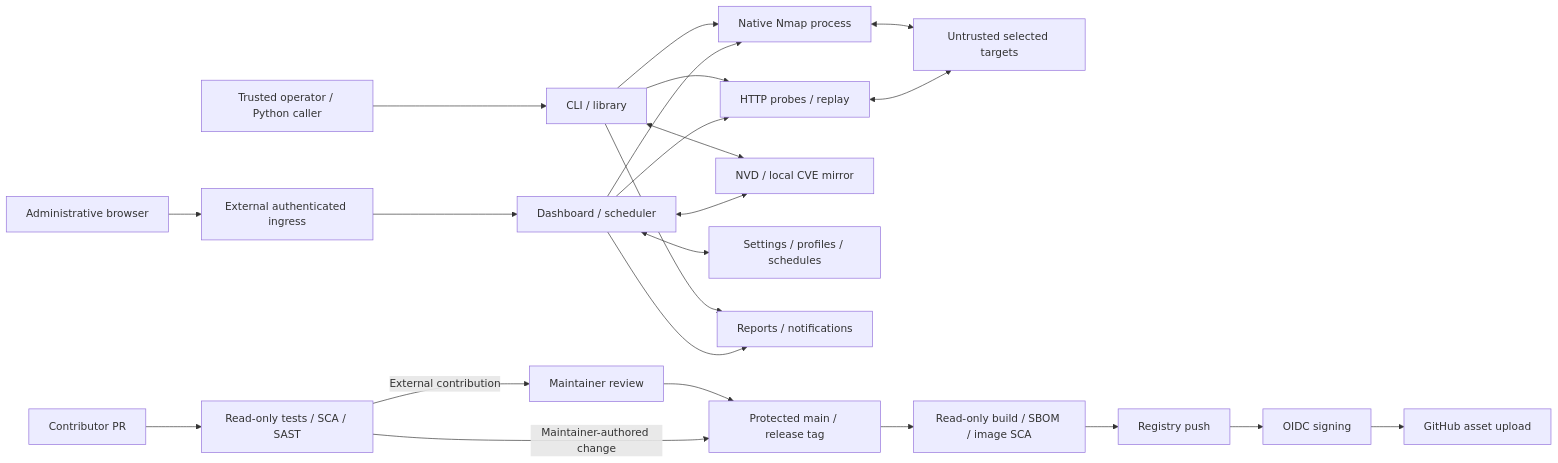
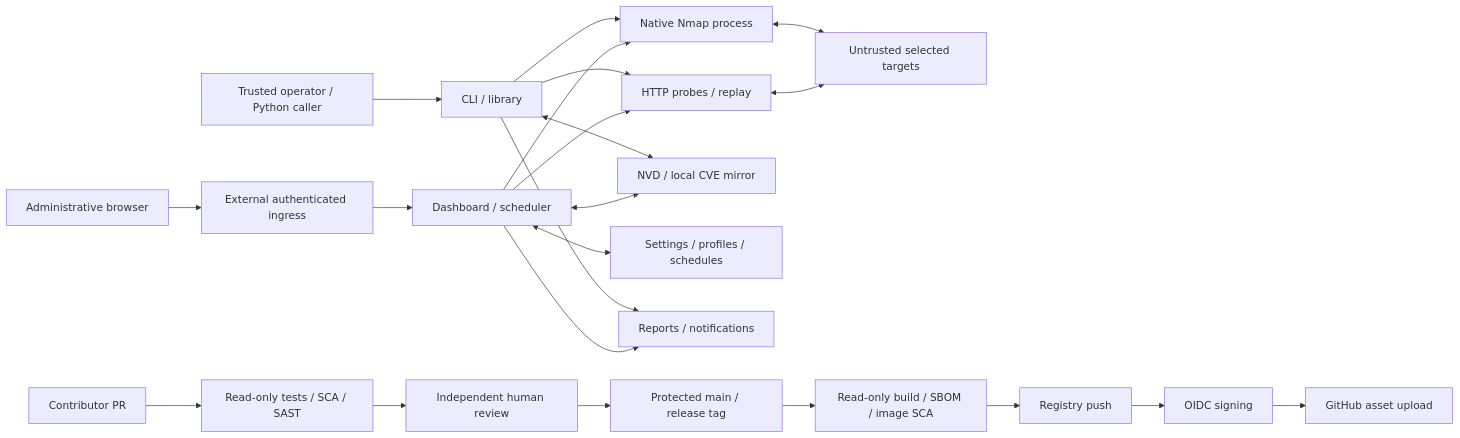
One commit to GamehunterKaan/AutoPWN-Suite changed the diagram in docs/THREAT_MODEL.md. Above: the diagram before and after it, drawn with Mermaid. The commit also changed other lines of this file and 7 other files, not shown here.

Commit message:
Restore required independent human review

````diff
--- a/docs/THREAT_MODEL.md
+++ b/docs/THREAT_MODEL.md
@@ -31,25 +31,24 @@
 ```mermaid
 flowchart LR
   O[Trusted operator / Python caller] --> C[CLI / library]
   B[Administrative browser] --> I[External authenticated ingress]
   I --> W[Dashboard / scheduler]
   C --> N[Native Nmap process]
   W --> N
   C --> H[HTTP probes / replay]
   W --> H
   N <--> T[Untrusted selected targets]
   H <--> T
   C <--> V[NVD / local CVE mirror]
   W <--> V
   W <--> D[Settings / profiles / schedules]
   C --> R[Reports / notifications]
   W --> R
   P[Contributor PR] --> Q[Read-only tests / SCA / SAST]
-  Q -->|External contribution| U[Maintainer review]
+  Q --> U[Independent human review]
   U --> M[Protected main / release tag]
-  Q -->|Maintainer-authored change| M
   M --> A[Read-only build / SBOM / image SCA]
   A --> X[Registry push]
   X --> S[OIDC signing]
   S --> G[GitHub asset upload]
 ```
````
